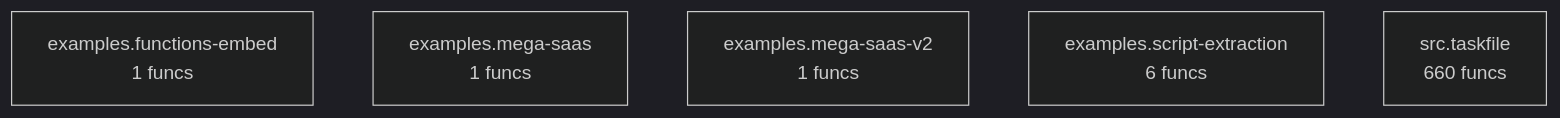
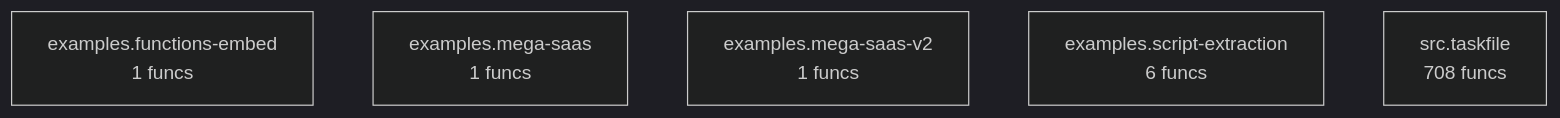
One commit to pyfunc/taskfile changed the diagram in project/compact_flow.mmd. Above: the diagram before and after it, drawn with Mermaid (dark theme). The commit also changed 24 other files, not shown here.

```diff
--- a/project/compact_flow.mmd
+++ b/project/compact_flow.mmd
@@ -1,6 +1,6 @@
 flowchart TD
     examples_functions_embed["examples.functions-embed<br/>1 funcs"]
     examples_mega_saas["examples.mega-saas<br/>1 funcs"]
     examples_mega_saas_v2["examples.mega-saas-v2<br/>1 funcs"]
     examples_script_extraction["examples.script-extraction<br/>6 funcs"]
-    src_taskfile["src.taskfile<br/>660 funcs"]
+    src_taskfile["src.taskfile<br/>708 funcs"]
```
